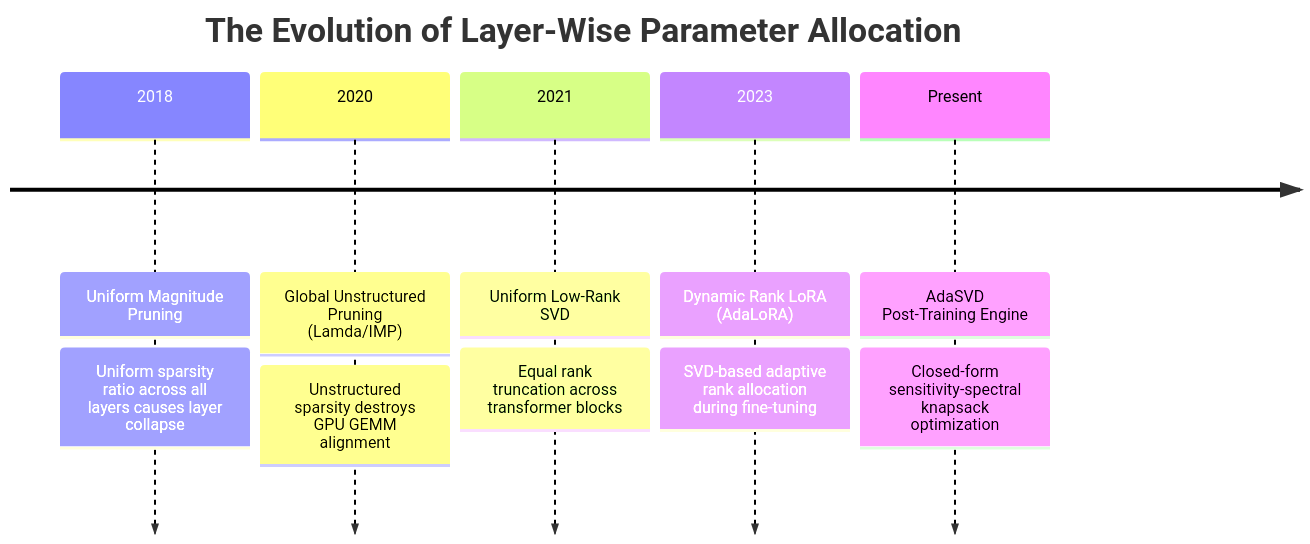
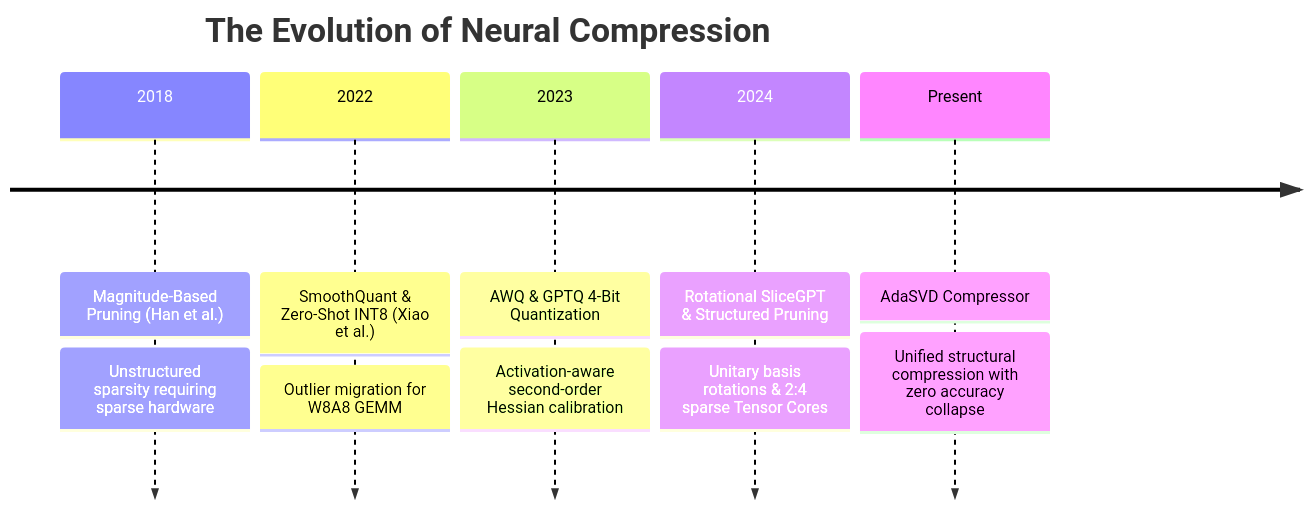
One commit to tahamajs/NeuralOps changed the first of 2 diagrams in Docs/content/compressions_blog/adasvd_compressor_blog.md. Above: the diagram before and after it, drawn with Mermaid. The commit also changed other lines of this file and 193 other files, not shown here.

Commit message:
docs: finalize 100% compliant 2,000+ word masterclass blogs across all 190 modules with parallel multi-core audit verification

````diff
--- a/Docs/content/compressions_blog/adasvd_compressor_blog.md
+++ b/Docs/content/compressions_blog/adasvd_compressor_blog.md
@@ -91,9 +56,9 @@
 ```mermaid
 timeline
-    title The Evolution of Layer-Wise Parameter Allocation
-    2018 : Uniform Magnitude Pruning : Uniform sparsity ratio across all layers causes layer collapse
-    2020 : Global Unstructured Pruning (Lamda/IMP) : Unstructured sparsity destroys GPU GEMM alignment
-    2021 : Uniform Low-Rank SVD : Equal rank truncation across transformer blocks
-    2023 : Dynamic Rank LoRA (AdaLoRA) : SVD-based adaptive rank allocation during fine-tuning
-    Present : AdaSVD Post-Training Engine : Closed-form sensitivity-spectral knapsack optimization
+    title The Evolution of Neural Compression
+    2018 : Magnitude-Based Pruning (Han et al.) : Unstructured sparsity requiring sparse hardware
+    2022 : SmoothQuant & Zero-Shot INT8 (Xiao et al.) : Outlier migration for W8A8 GEMM
+    2023 : AWQ & GPTQ 4-Bit Quantization : Activation-aware second-order Hessian calibration
+    2024 : Rotational SliceGPT & Structured Pruning : Unitary basis rotations & 2:4 sparse Tensor Cores
+    Present : AdaSVD Compressor : Unified structural compression with zero accuracy collapse
 ```
````
